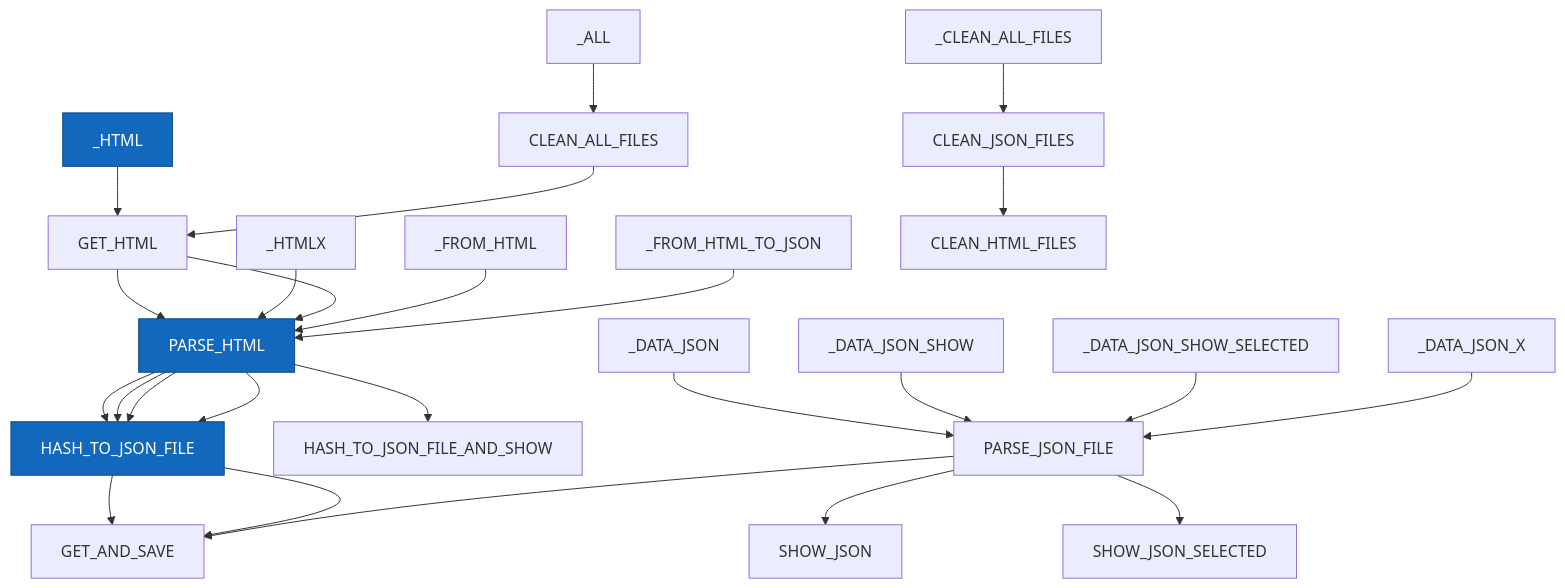
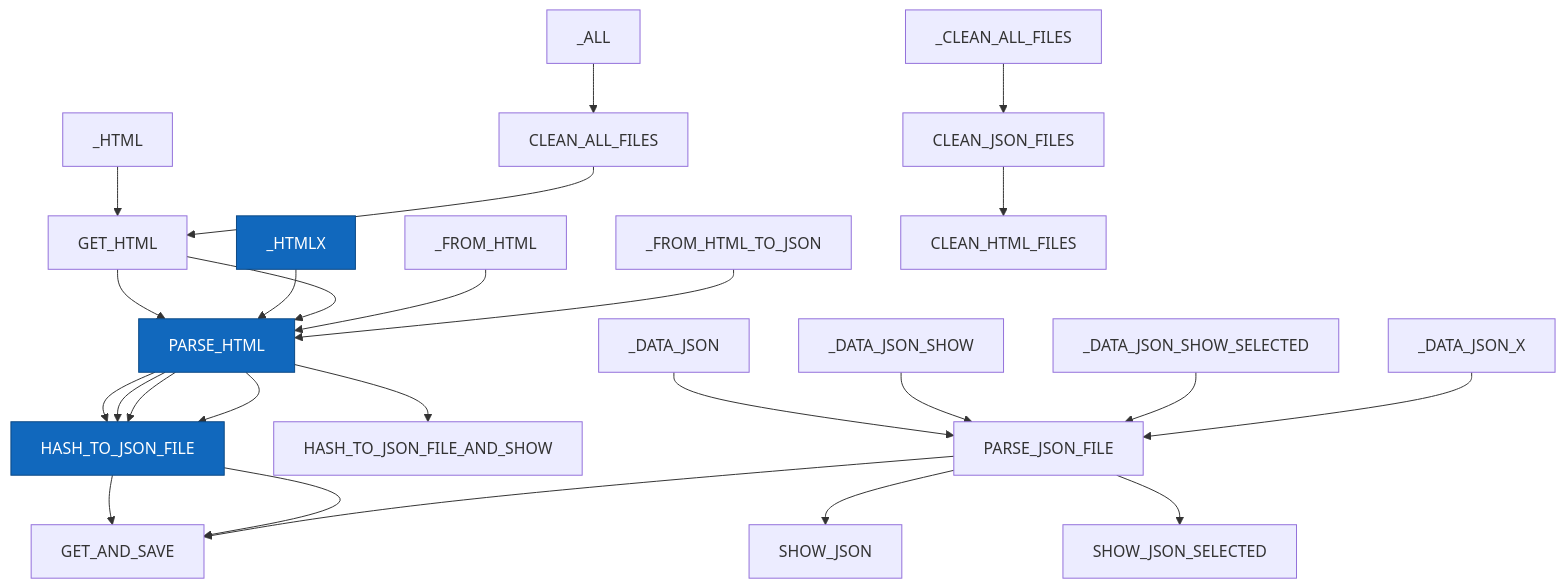
Before and after one commit to ykominami/bookinfor: the second of 3 diagrams in docs/readx.md, drawn with Mermaid. The commit also changed other lines of this file, not shown here.

````diff
--- a/docs/readx.md
+++ b/docs/readx.md
@@ -19,17 +19,17 @@
 ```mermaid
 graph TD;
 _HTML-->GET_HTML-->PARSE_HTML-->HASH_TO_JSON_FILE;
   _HTMLX-->PARSE_HTML-->HASH_TO_JSON_FILE_AND_SHOW;
 _ALL-->CLEAN_ALL_FILES-->GET_HTML-->PARSE_HTML-->HASH_TO_JSON_FILE-->GET_AND_SAVE;
 _FROM_HTML-->PARSE_HTML-->HASH_TO_JSON_FILE-->GET_AND_SAVE;
 _FROM_HTML_TO_JSON-->PARSE_HTML-->HASH_TO_JSON_FILE;
 _CLEAN_ALL_FILES-->CLEAN_JSON_FILES-->CLEAN_HTML_FILES;
 _DATA_JSON-->PARSE_JSON_FILE;
 _DATA_JSON_SHOW-->PARSE_JSON_FILE-->SHOW_JSON;
 _DATA_JSON_SHOW_SELECTED-->PARSE_JSON_FILE-->SHOW_JSON_SELECTED;
 _DATA_JSON_X-->PARSE_JSON_FILE-->GET_AND_SAVE;
   classDef Active fill:#1168bd,stroke:#0b4884,color:#ffffff
-  class _HTML Active
+  class _HTMLX Active
   class PARSE_HTML Active
   class HASH_TO_JSON_FILE Active
 ```
````
